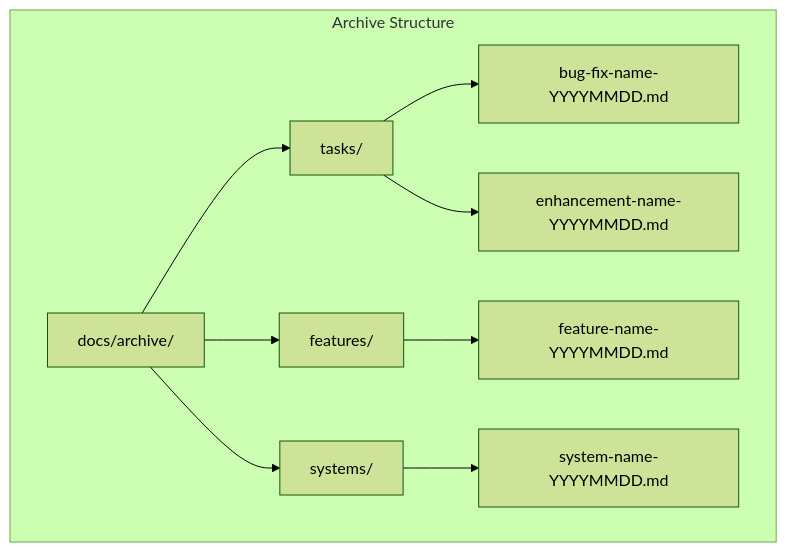
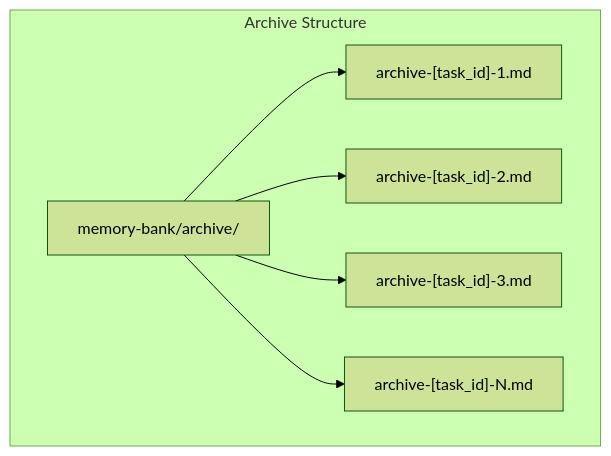
The fifth of 5 diagrams in .cursor/rules/isolation_rules/visual-maps/archive-mode-map.mdc (Angry-Robot-Deals/cursor-memory-bank-angry), drawn with Mermaid (forest theme) before and after one commit. The commit also changed other lines of this file and 30 other files, not shown here.

````diff
--- a/.cursor/rules/isolation_rules/visual-maps/archive-mode-map.mdc
+++ b/.cursor/rules/isolation_rules/visual-maps/archive-mode-map.mdc
@@ -203,18 +235,11 @@
 ```mermaid
 graph TD
     subgraph "Archive Structure"
-        Root["docs/archive/"]
-        Tasks["tasks/"]
-        Features["features/"]
-        Systems["systems/"]
+        Root["memory-bank/archive/"]
         
-        Root --> Tasks
-        Root --> Features
-        Root --> Systems
-        
-        Tasks --> Bug["bug-fix-name-YYYYMMDD.md"]
-        Tasks --> Enhancement["enhancement-name-YYYYMMDD.md"]
-        Features --> Feature["feature-name-YYYYMMDD.md"]
-        Systems --> System["system-name-YYYYMMDD.md"]
+        Root --> Archive1["archive-[task_id]-1.md"]
+        Root --> Archive2["archive-[task_id]-2.md"]
+        Root --> Archive3["archive-[task_id]-3.md"]
+        Root --> ArchiveN["archive-[task_id]-N.md"]
     end
 ```
````
